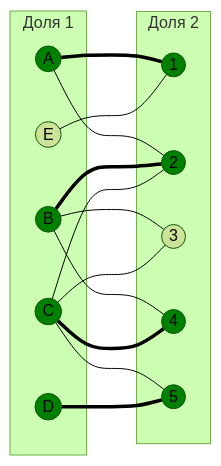
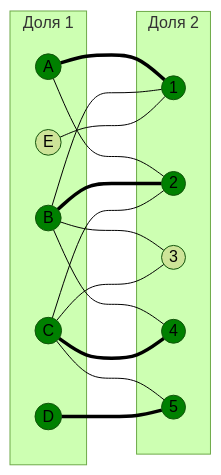
One commit to algos-ris-24-3/manual-tasks changed the eighth of 11 diagrams in Задание 8/syndicate.md. Above: the diagram before and after it, drawn with Mermaid (forest theme). The commit also changed other lines of this file, not shown here.

````diff
--- a/Задание 8/syndicate.md
+++ b/Задание 8/syndicate.md
@@ -345,37 +348,38 @@
 ```mermaid
 graph LR
     subgraph "Доля 1"
         A((A))
         B((B))
         C((C))
         D((D))
         E((E))
     end
     subgraph "Доля 2"
         1((1))
         2((2))
         3((3))
         4((4))
         5((5))
     end
     A === 1
     A --- 2
+    B --- 1
     B === 2
     B --- 3
     B --- 4
     C --- 2
     C --- 3
     C === 4
     C --- 5
     D === 5
     E --- 1
 
     style A fill:#008000
     style B fill:#008000
     style C fill:#008000
     style D fill:#008000
     style 1 fill:#008000
     style 2 fill:#008000
     style 4 fill:#008000
     style 5 fill:#008000
 ```
````
